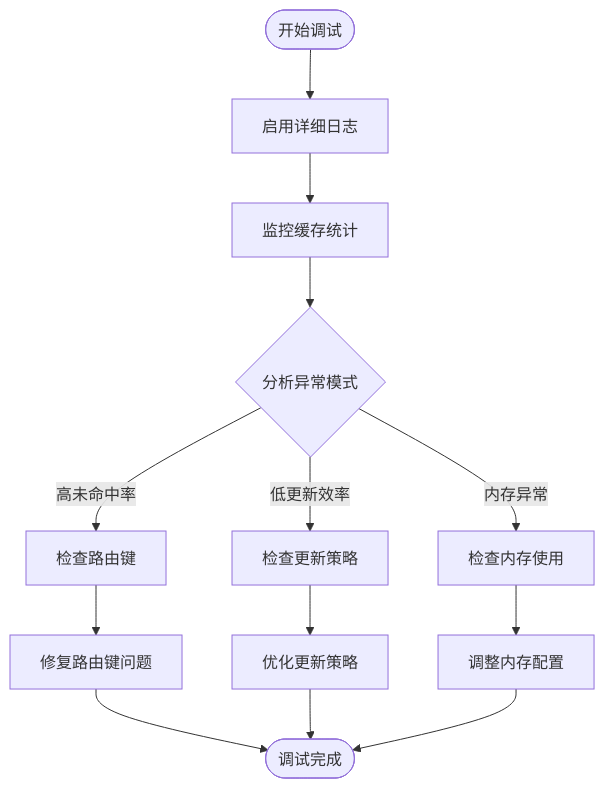
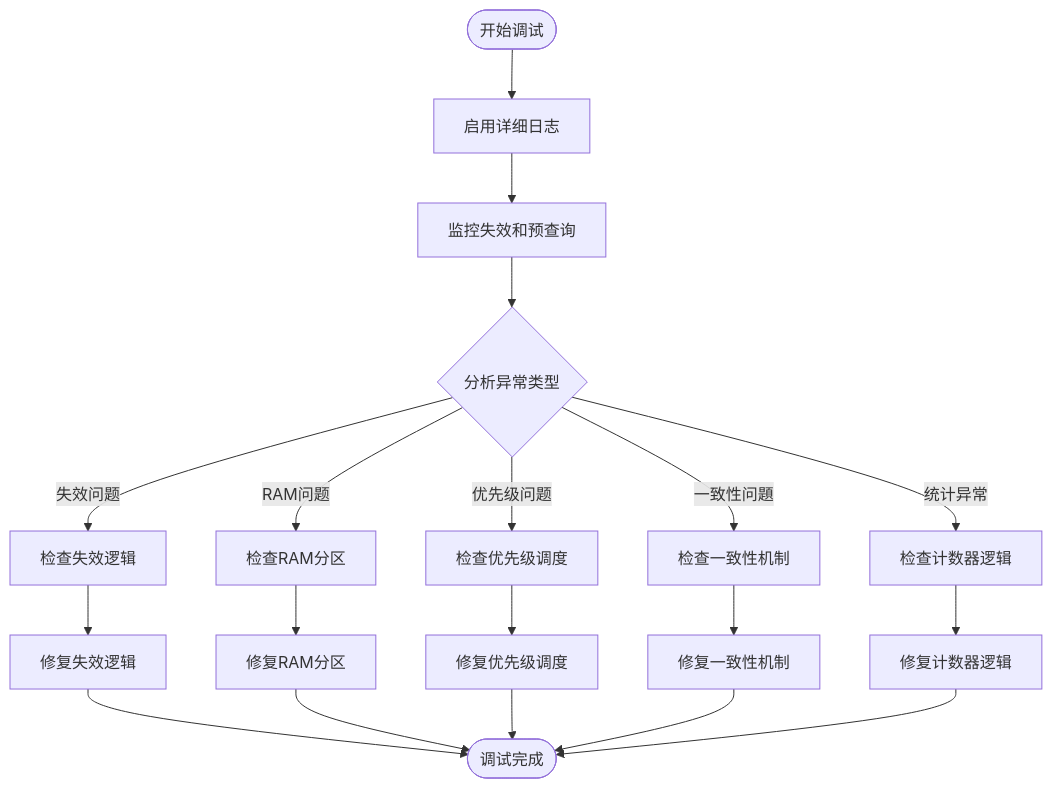
Before and after one commit to jiangjiang1122/iommu_model_20260401_v1: diagram 15 of 15 in .qoder/repowiki/zh/content/缓存系统/Walker缓存（地址转换遍历器缓存）.md, drawn with Mermaid. The commit also changed other lines of this file and 186 other files, not shown here.

````diff
--- a/.qoder/repowiki/zh/content/缓存系统/Walker缓存（地址转换遍历器缓存）.md
+++ b/.qoder/repowiki/zh/content/缓存系统/Walker缓存（地址转换遍历器缓存）.md
@@ -417,15 +934,21 @@
 ```mermaid
 flowchart TD
 DebugStart([开始调试]) --> EnableLog["启用详细日志"]
-EnableLog --> Monitor["监控缓存统计"]
-Monitor --> Analyze{"分析异常模式"}
-Analyze --> |高未命中率| CheckRouting["检查路由键"]
-Analyze --> |低更新效率| CheckUpdate["检查更新策略"]
-Analyze --> |内存异常| CheckMemory["检查内存使用"]
-CheckRouting --> FixRouting["修复路由键问题"]
-CheckUpdate --> FixUpdate["优化更新策略"]
-CheckMemory --> FixMemory["调整内存配置"]
-FixRouting --> DebugEnd([调试完成])
-FixUpdate --> DebugEnd
-FixMemory --> DebugEnd
+EnableLog --> Monitor["监控失效和预查询"]
+Monitor --> Analyze{"分析异常类型"}
+Analyze --> |失效问题| CheckInval["检查失效逻辑"]
+Analyze --> |RAM问题| CheckRAM["检查RAM分区"]
+Analyze --> |优先级问题| CheckPriority["检查优先级调度"]
+Analyze --> |一致性问題| CheckCoherence["检查一致性机制"]
+Analyze --> |统计异常| CheckCounters["检查计数器逻辑"]
+CheckInval --> FixInval["修复失效逻辑"]
+CheckRAM --> FixRAM["修复RAM分区"]
+CheckPriority --> FixPriority["修复优先级调度"]
+CheckCoherence --> FixCoherence["修复一致性机制"]
+CheckCounters --> FixCounters["修复计数器逻辑"]
+FixInval --> DebugEnd([调试完成])
+FixRAM --> DebugEnd
+FixPriority --> DebugEnd
+FixCoherence --> DebugEnd
+FixCounters --> DebugEnd
 ```
````
